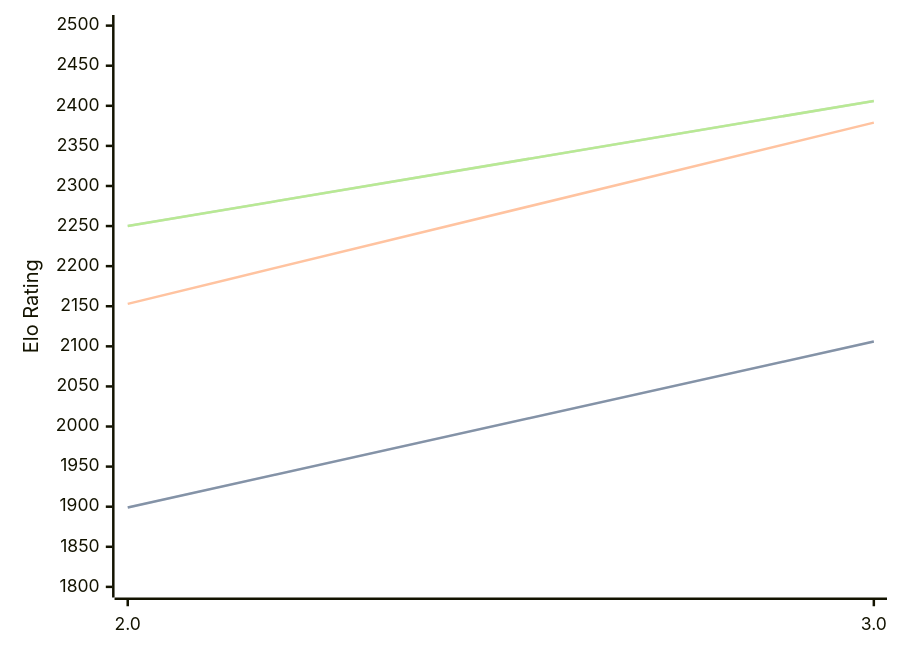
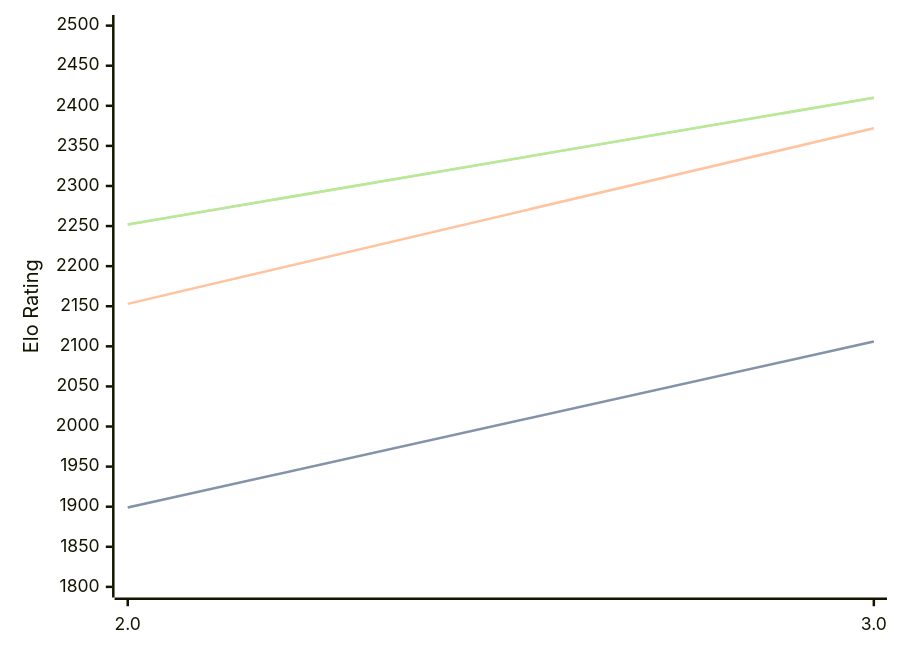
Before and after one commit to computer-chess-index/cci: the diagram in engines/Zeno.md, drawn with Mermaid. The commit also changed other lines of this file, not shown here.

Commit message:
Update CCI Ratings (ELO VLTC) - 2026-08-27

````diff
--- a/engines/Zeno.md
+++ b/engines/Zeno.md
@@ -32,11 +32,11 @@
 ```mermaid
 %%{init: {"theme":"base","themeVariables":{"seriesColors:['#a3a3a3','#222221','#faa371']}}}%%
 xychart-beta
   x-axis ["2.0", "3.0"]
   y-axis "Elo Rating" 1800 --> 2500
   line "STC (8.0+0.08s)" [1899, 2106]
   line "STC (8.0+0.08s)" [1899, 2106]
-  line "LTC (60.0+0.60s)" [2153, 2379]
-  line "VLTC (2m24s+1.12s)" [2250, 2406]
-  line "VLTC (2m24s+1.12s)" [2250, 2406]
+  line "LTC (60.0+0.60s)" [2153, 2372]
+  line "VLTC (2m24s+1.12s)" [2252, 2410]
+  line "VLTC (2m24s+1.12s)" [2252, 2410]
 ```
````
